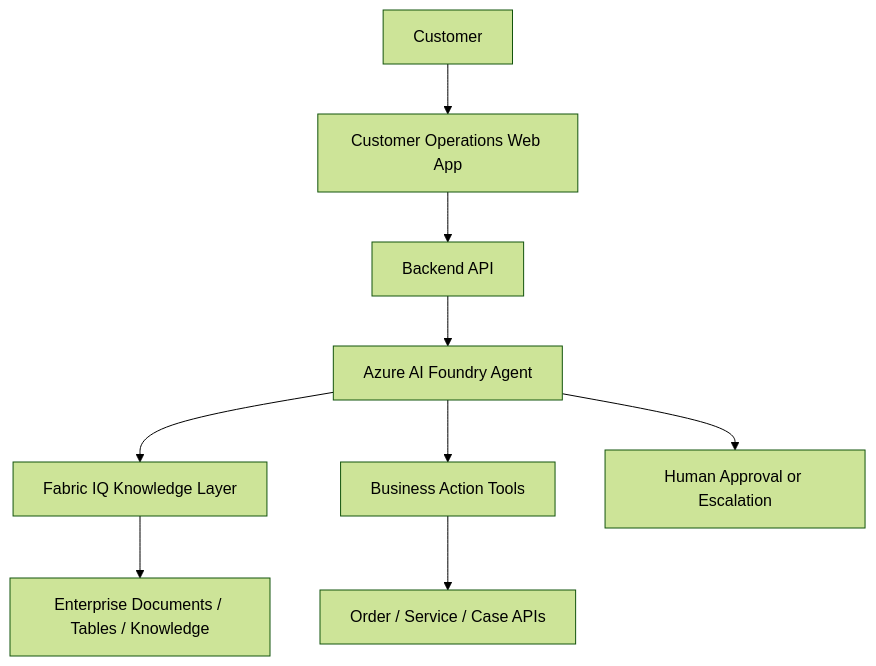
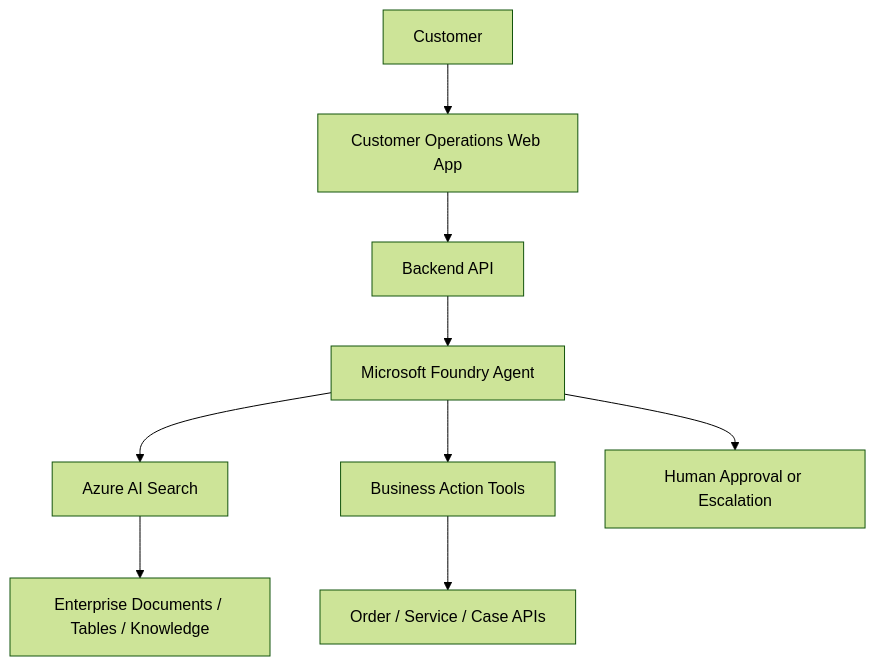
Before and after one commit to Liminghao0922/workshop-intelligent-customer-operations: the diagram in docs/architecture/solution-architecture.md, drawn with Mermaid (forest theme). The commit also changed other lines of this file and 94 other files, not shown here.

````diff
--- a/docs/architecture/solution-architecture.md
+++ b/docs/architecture/solution-architecture.md
@@ -5,11 +5,11 @@
 ```mermaid
 graph TD
     A[Customer] --> B[Customer Operations Web App]
     B --> C[Backend API]
-    C --> D[Azure AI Foundry Agent]
-    D --> E[Fabric IQ Knowledge Layer]
+    C --> D[Microsoft Foundry Agent]
+    D --> E[Azure AI Search]
     E --> F[Enterprise Documents / Tables / Knowledge]
     D --> G[Business Action Tools]
     G --> H[Order / Service / Case APIs]
     D --> I[Human Approval or Escalation]
 ```
````
